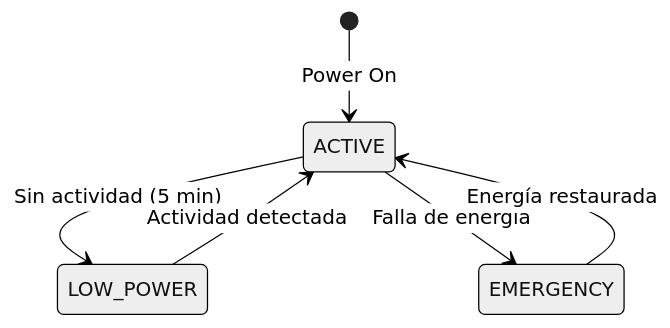
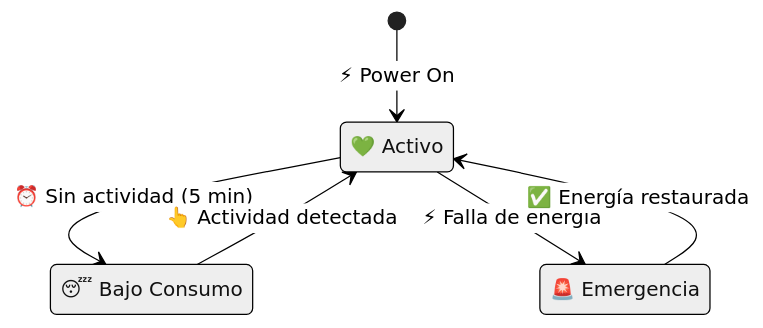
One commit to medicalopenworld/IncuNest-Docs changed the fourth of 5 diagrams in docs/docs/architecture/system-design.md. Above: the diagram before and after it, drawn with Mermaid (neutral theme). The commit also changed other lines of this file and 11 other files, not shown here.

Commit message:
Update Spanish documentation diagrams to beautiful mermaid style

````diff
--- a/docs/docs/architecture/system-design.md
+++ b/docs/docs/architecture/system-design.md
@@ -277,8 +326,13 @@
 ```mermaid
 stateDiagram-v2
-    [*] --> ACTIVE: Power On
-    ACTIVE --> LOW_POWER: Sin actividad (5 min)
-    LOW_POWER --> ACTIVE: Actividad detectada
-    ACTIVE --> EMERGENCY: Falla de energía
-    EMERGENCY --> ACTIVE: Energía restaurada
+    [*] --> ACTIVE: ⚡ Power On
+    
+    state "💚 Activo" as ACTIVE
+    state "😴 Bajo Consumo" as LOW_POWER
+    state "🚨 Emergencia" as EMERGENCY
+    
+    ACTIVE --> LOW_POWER: ⏰ Sin actividad (5 min)
+    LOW_POWER --> ACTIVE: 👆 Actividad detectada
+    ACTIVE --> EMERGENCY: ⚡ Falla de energía
+    EMERGENCY --> ACTIVE: ✅ Energía restaurada
 ```
````
